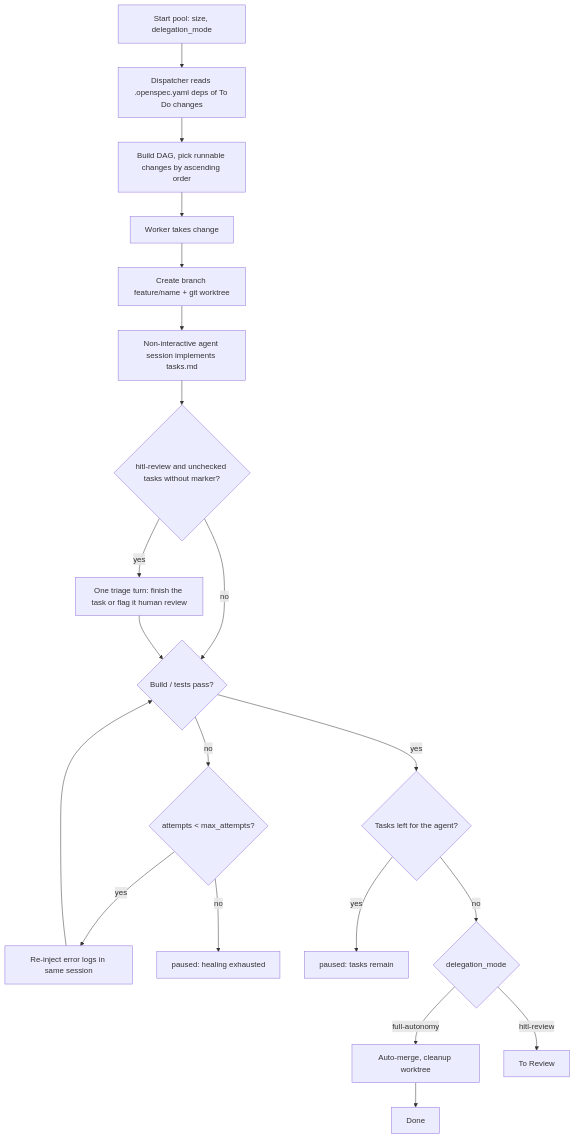
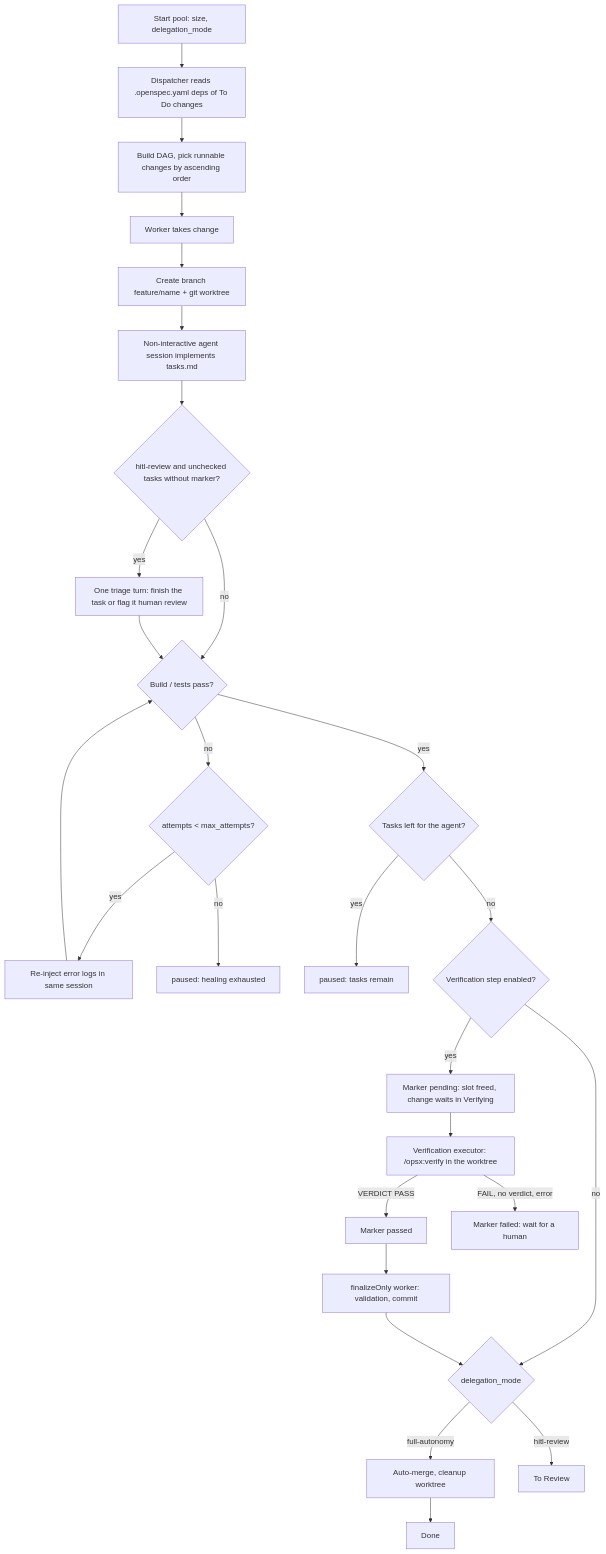
One commit to germainlefebvre4/opensp8c changed the third of 3 diagrams in docs/opensp8c/workflows.md. Above: the diagram before and after it, drawn with Mermaid. The commit also changed other lines of this file and 77 other files, not shown here.

Commit message:
feat(verify): Verification stage

````diff
--- a/docs/opensp8c/workflows.md
+++ b/docs/opensp8c/workflows.md
@@ -65,21 +68,27 @@
 ```mermaid
 flowchart TD
     S[Start pool: size, delegation_mode] --> D[Dispatcher reads .openspec.yaml deps of To Do changes]
     D --> DAG[Build DAG, pick runnable changes by ascending order]
     DAG --> W[Worker takes change]
     W --> WT[Create branch feature/name + git worktree]
     WT --> RUN[Non-interactive agent session implements tasks.md]
     RUN --> TR{hitl-review and unchecked tasks without marker?}
     TR -- yes --> TRIAGE[One triage turn: finish the task or flag it human review]
     TR -- no --> V
     TRIAGE --> V{Build / tests pass?}
     V -- no --> H{attempts < max_attempts?}
     H -- yes --> HEAL[Re-inject error logs in same session]
     HEAL --> V
     H -- no --> P1[paused: healing exhausted]
     V -- yes --> T{Tasks left for the agent?}
     T -- yes --> P2[paused: tasks remain]
-    T -- no --> M{delegation_mode}
+    T -- no --> VS{Verification step enabled?}
+    VS -- yes --> VER[Marker pending: slot freed, change waits in Verifying]
+    VS -- no --> M{delegation_mode}
+    VER --> VX[Verification executor: /opsx:verify in the worktree]
+    VX -- VERDICT PASS --> PAS[Marker passed] --> FIN[finalizeOnly worker: validation, commit]
+    VX -- FAIL, no verdict, error --> FAILV[Marker failed: wait for a human]
+    FIN --> M
     M -- full-autonomy --> MERGE[Auto-merge, cleanup worktree] --> DONE[Done]
     M -- hitl-review --> REV[To Review]
 ```
````
